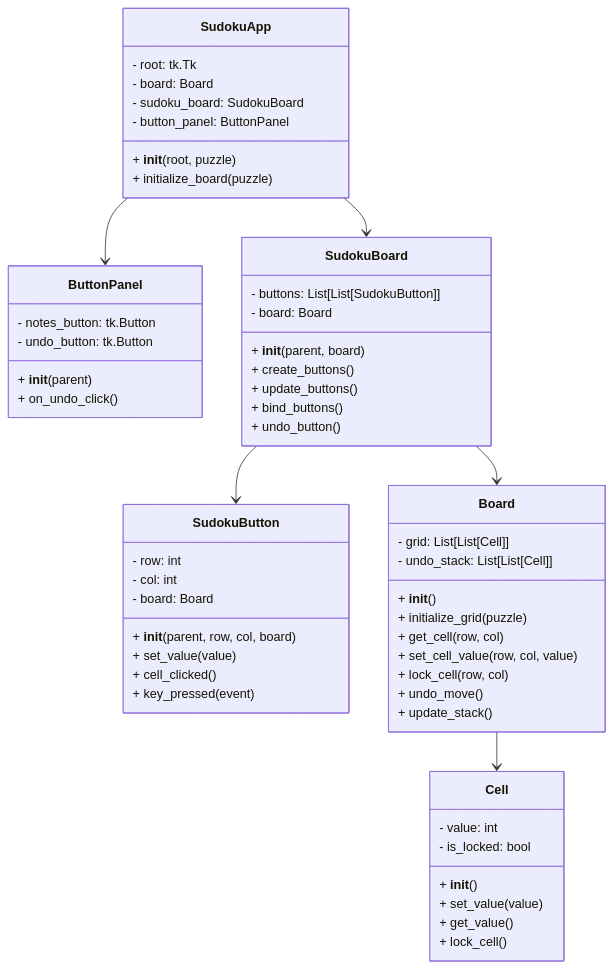
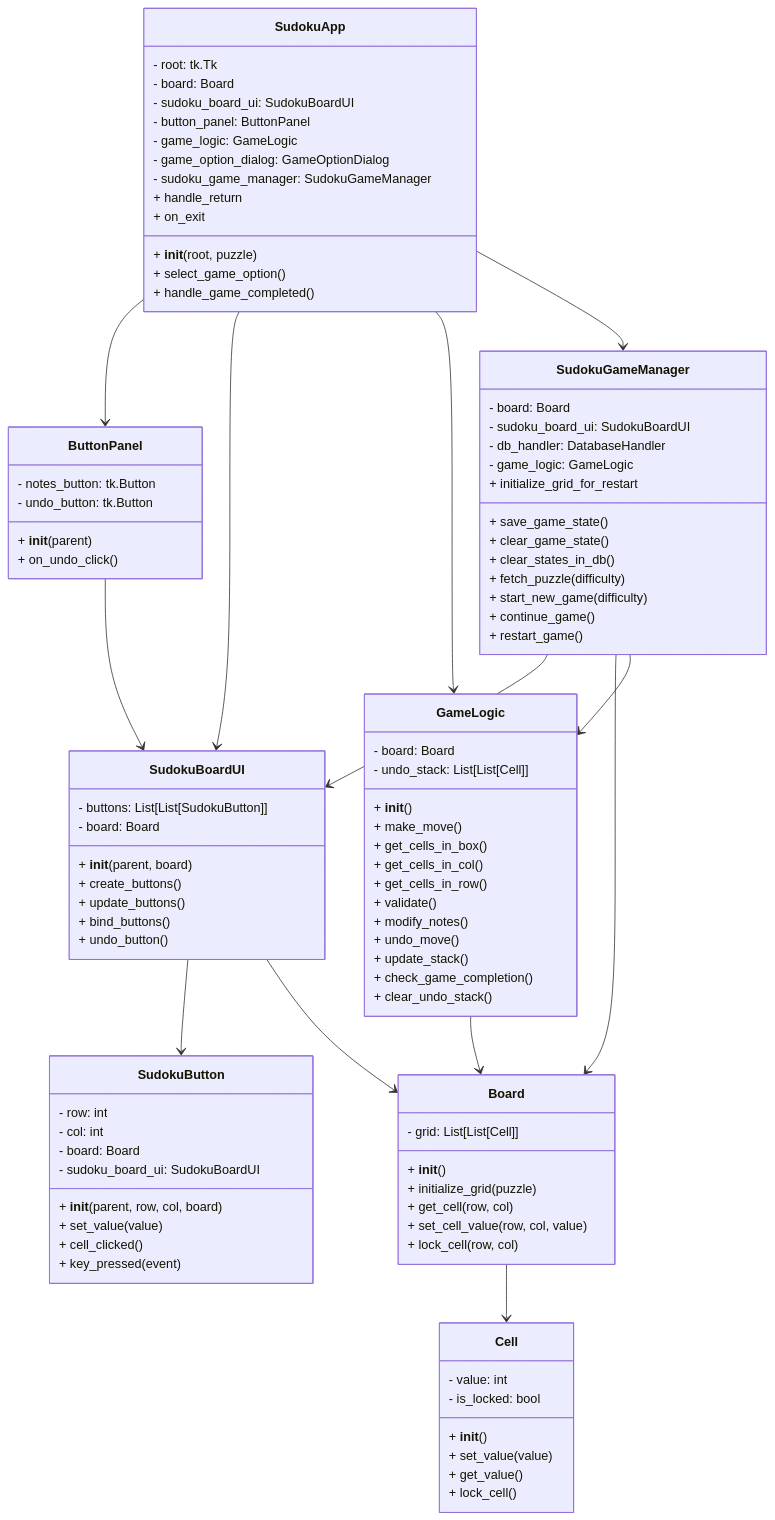
One commit to lsommarberg/ot-harjoitustyo changed the first of 3 diagrams in documents/arkkitehtuuri.md. Above: the diagram before and after it, drawn with Mermaid. The commit also changed other lines of this file and 19 other files, not shown here.

````diff
--- a/documents/arkkitehtuuri.md
+++ b/documents/arkkitehtuuri.md
@@ -3,10 +8,17 @@
     class SudokuApp {
         - root: tk.Tk
         - board: Board
-        - sudoku_board: SudokuBoard
+        - sudoku_board_ui: SudokuBoardUI
         - button_panel: ButtonPanel
+        - game_logic: GameLogic
+        - game_option_dialog: GameOptionDialog
+        - sudoku_game_manager: SudokuGameManager
+
         + __init__(root, puzzle)
-        + initialize_board(puzzle)
+        + select_game_option()
+        + handle_game_completed()
+        + handle_return
+        + on_exit
     }
 
     class ButtonPanel {
@@ -16,7 +28,7 @@
         + on_undo_click()
     }
 
-    class SudokuBoard {
+    class SudokuBoardUI {
         - buttons: List[List[SudokuButton]]
         - board: Board
         + __init__(parent, board)
@@ -30,22 +42,51 @@
         - row: int
         - col: int
         - board: Board
+        - sudoku_board_ui: SudokuBoardUI
         + __init__(parent, row, col, board)
         + set_value(value)
         + cell_clicked()
         + key_pressed(event)
     }
 
+    class SudokuGameManager {
+        - board: Board
+        - sudoku_board_ui: SudokuBoardUI
+        - db_handler: DatabaseHandler
+        - game_logic: GameLogic
+        + save_game_state()
+        + clear_game_state()
+        + clear_states_in_db()
+        + fetch_puzzle(difficulty)
+        + start_new_game(difficulty)
+        + continue_game()
+        + restart_game()
+        + initialize_grid_for_restart
+    }
+
+    class GameLogic {
+        - board: Board
+        - undo_stack: List[List[Cell]]
+        + __init__()
+        + make_move()
+        + get_cells_in_box()
+        + get_cells_in_col()
+        + get_cells_in_row()
+        + validate()
+        + modify_notes()
+        + undo_move()
+        + update_stack()
+        + check_game_completion()
+        + clear_undo_stack()
+    }
+
     class Board {
         - grid: List[List[Cell]]
-        - undo_stack: List[List[Cell]]
         + __init__()
         + initialize_grid(puzzle)
         + get_cell(row, col)
         + set_cell_value(row, col, value)
         + lock_cell(row, col)
-        + undo_move()
-        + update_stack()
     }
 
     class Cell {
@@ -58,9 +99,16 @@
     }
 
     SudokuApp --> ButtonPanel
-    SudokuApp --> SudokuBoard
-    SudokuBoard --> SudokuButton
-    SudokuBoard --> Board
+    SudokuApp --> SudokuBoardUI
+    SudokuApp --> GameLogic
+    SudokuApp --> SudokuGameManager
+    SudokuGameManager --> SudokuBoardUI
+    SudokuGameManager --> Board
+    SudokuGameManager --> GameLogic
+    SudokuBoardUI --> SudokuButton
+    SudokuBoardUI --> Board
+    ButtonPanel --> SudokuBoardUI
     Board --> Cell
+    GameLogic --> Board
 
 ```
````
